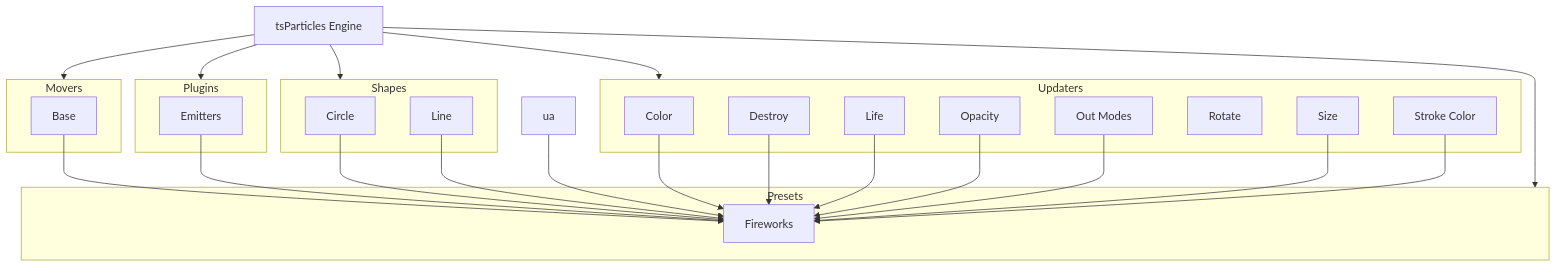
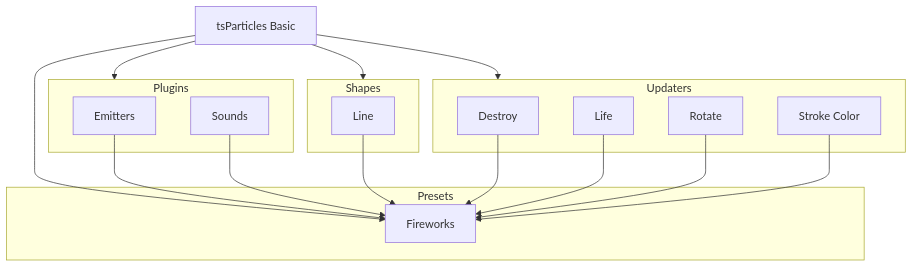
One commit to tsparticles/presets changed the diagram in presets/fireworks/README.md. Above: the diagram before and after it, drawn with Mermaid. The commit also changed 35 other files, not shown here.

Commit message:
feat: added squares preset build: updated all mermaid charts

````diff
--- a/presets/fireworks/README.md
+++ b/presets/fireworks/README.md
@@ -170,43 +170,31 @@
 ```mermaid
 flowchart TD
 
-subgraph m [Movers]
-mb[Base]
+subgraph pl [Plugins]
+ple[Emitters]
+pls[Sounds]
 end
 
-e[tsParticles Engine] --> m
-
-subgraph pl [Plugins]
-ple[Emitters]
-end
-
-e --> pl
+bb[tsParticles Basic] --> pl
 
 subgraph s [Shapes]
-sc[Circle]
 sl[Line]
 end
 
-e --> s
+bb --> s
 
 subgraph u [Updaters]
-uc[Color]
 ud[Destroy]
 ul[Life]
-uop[Opacity]
-uou[Out Modes]
 ur[Rotate]
-usi[Size]
 ust[Stroke Color]
 end
 
-e --> u
+bb --> u
 
 subgraph pr [Presets]
 prfw[Fireworks]
 end
 
-e --> pr
-
-mb & ple & sc & sl & ua & uc & ud & ul & uop & uou & usi & ust --> prfw
+bb & ple & pls & sl & ud & ul & ur & ust --> prfw
 ```
````
